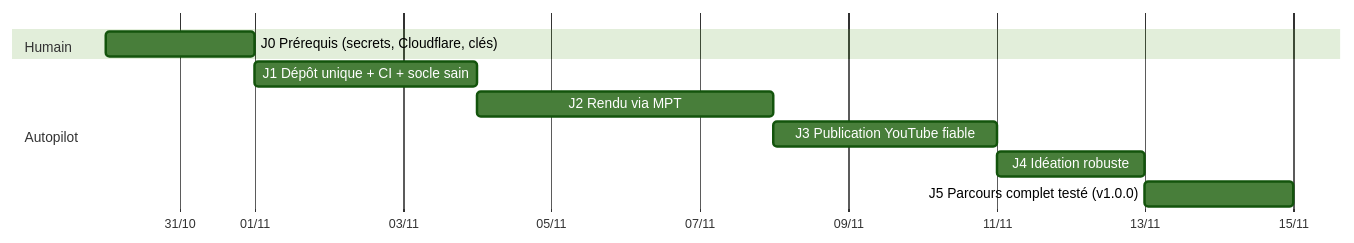
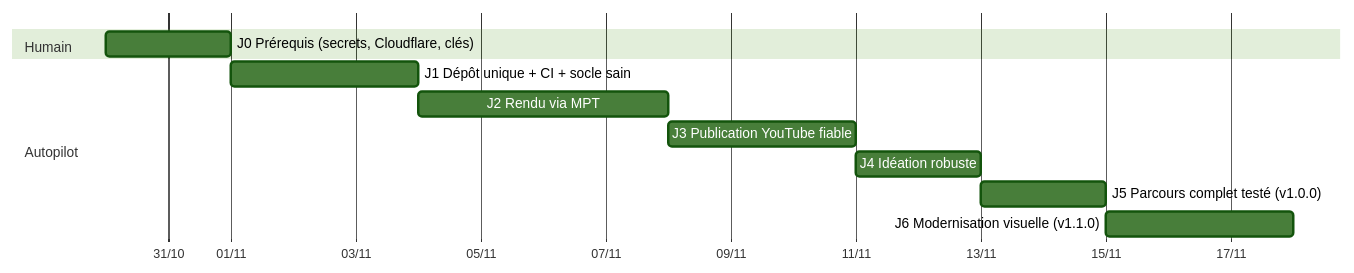
Before and after one commit to social-media-org/docker-compose: the fourth of 4 diagrams in docs/etat-des-lieux-social-media.md, drawn with Mermaid (forest theme). The commit also changed other lines of this file and 2 other files, not shown here.

````diff
--- a/docs/etat-des-lieux-social-media.md
+++ b/docs/etat-des-lieux-social-media.md
@@ -149,13 +162,14 @@
 ```mermaid
 gantt
   dateFormat YYYY-MM-DD
   axisFormat %d/%m
   section Humain
   J0 Prérequis (secrets, Cloudflare, clés)   :h, 2026-10-30, 2d
   section Autopilot
   J1 Dépôt unique + CI + socle sain           :j1, after h, 3d
   J2 Rendu via MPT                            :j2, after j1, 4d
   J3 Publication YouTube fiable               :j3, after j2, 3d
   J4 Idéation robuste                         :j4, after j3, 2d
   J5 Parcours complet testé (v1.0.0)          :j5, after j4, 2d
+  J6 Modernisation visuelle (v1.1.0)          :j6, after j5, 3d
 ```
````
